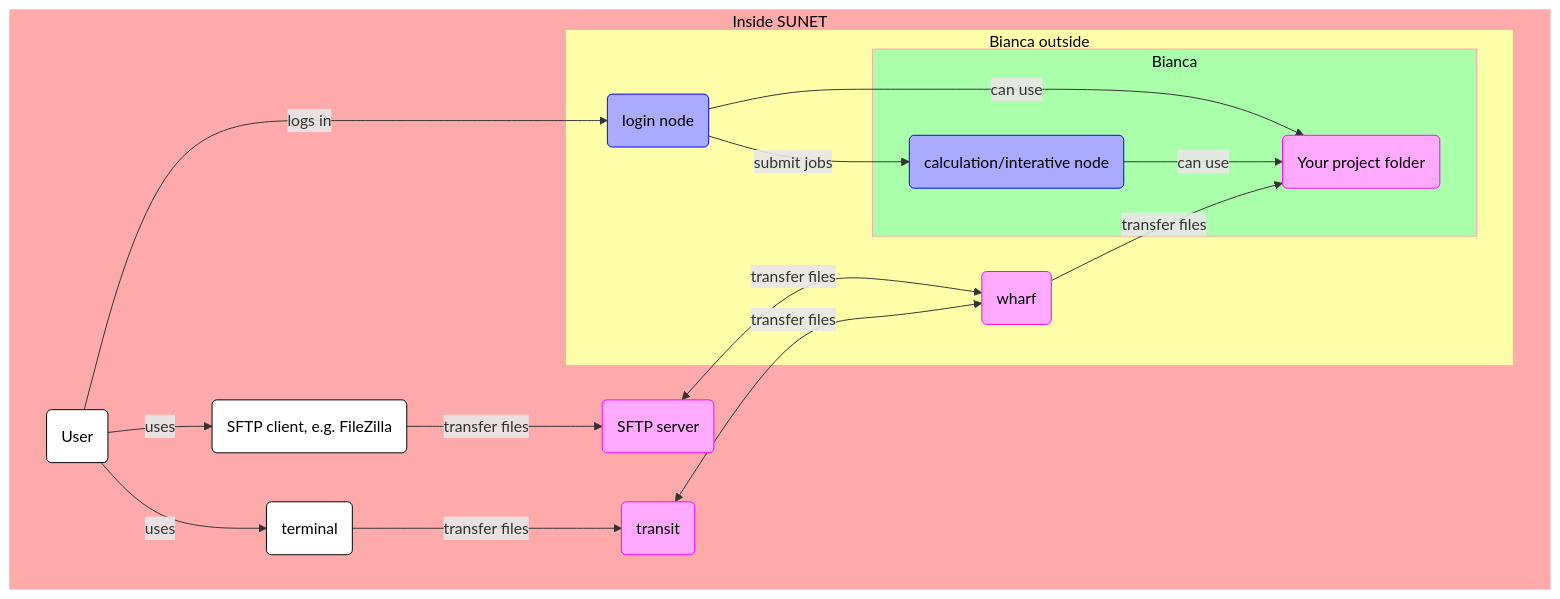
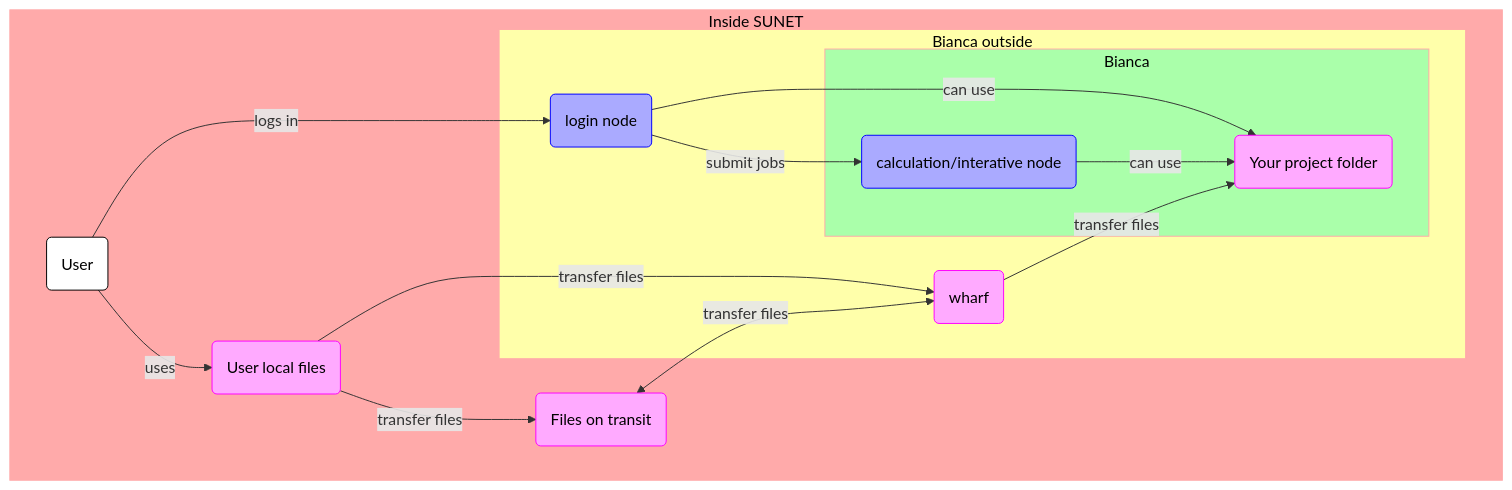
The second of 2 diagrams in docs/file_transfer_using_gui.md (UPPMAX/bianca_workshop), drawn with Mermaid before and after one commit. The commit also changed other lines of this file, not shown here.

Commit message:
Improve picture

````diff
--- a/docs/file_transfer_using_gui.md
+++ b/docs/file_transfer_using_gui.md
@@ -273,41 +271,37 @@
 ```mermaid
 flowchart TD
 
     %% Give a white background to all nodes, instead of a transparent one
     classDef node fill:#fff,color:#000,stroke:#000
 
     %% Graph nodes for files and calculations
     classDef file_node fill:#faf,color:#000,stroke:#f0f
     classDef calculation_node fill:#aaf,color:#000,stroke:#00f
 
     subgraph sunet[Inside SUNET]
       subgraph bianca_outside[Bianca outside]
         login_node(login node):::calculation_node
         wharf(wharf):::file_node
         subgraph bianca_inside[Bianca]
           calculation_node(calculation/interative node):::calculation_node
           your_project_folder(Your project folder):::file_node
         end
       end
       user(User)
-      sftp_client(SFTP client, e.g. FileZilla)
-      transit(transit):::file_node
-      sftp_server(SFTP server):::file_node
-      terminal(terminal)
+      user_local_files(User local files):::file_node
+      transit(Files on transit):::file_node
     end
     style bianca_inside fill:#afa,color:#000,stroke:#faa
     style bianca_outside fill:#ffa,color:#000,stroke:#faa
     style sunet fill:#faa,color:#000,stroke:#faa
 
     user --> |logs in |login_node
-    user --> |uses| sftp_client
-    user --> |uses| terminal
-    sftp_client --> |transfer files|sftp_server
-    sftp_server <--> |transfer files|wharf
-    terminal --> |transfer files| transit
+    user --> |uses| user_local_files
+    user_local_files --> |transfer files|wharf
+    user_local_files --> |transfer files|transit
     transit <--> |transfer files|wharf
     login_node --> |submit jobs|calculation_node
     login_node --> |can use|your_project_folder
     calculation_node --> |can use|your_project_folder
     wharf --> |transfer files| your_project_folder
 ```
````
